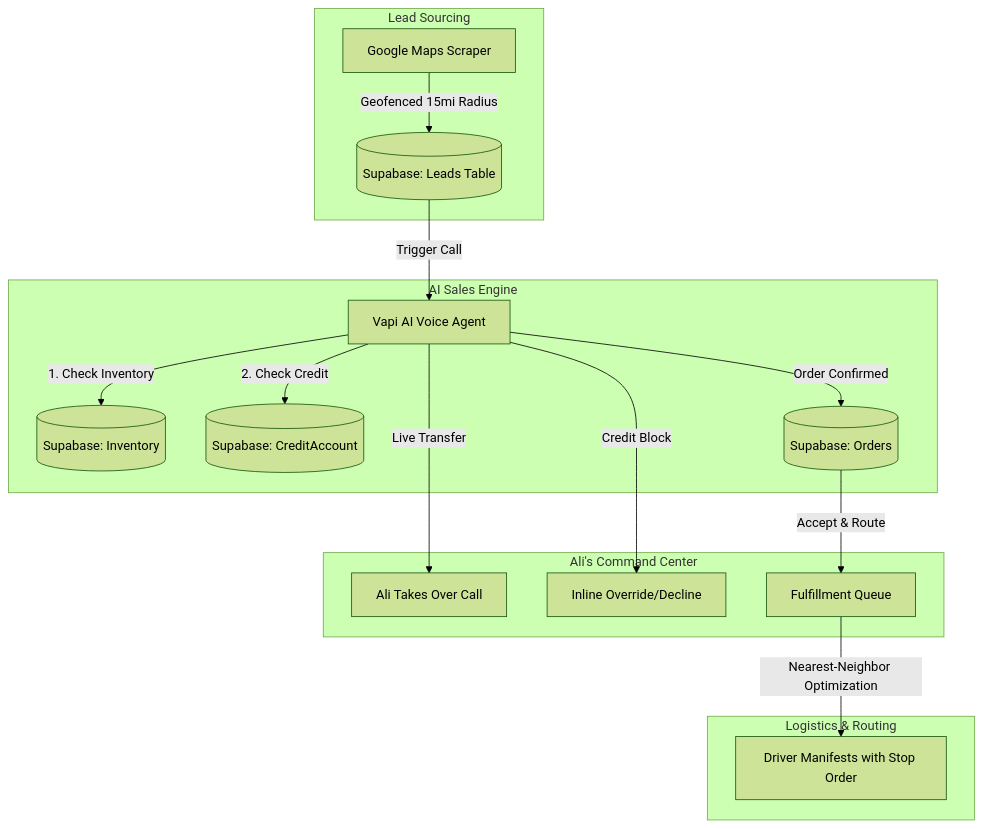
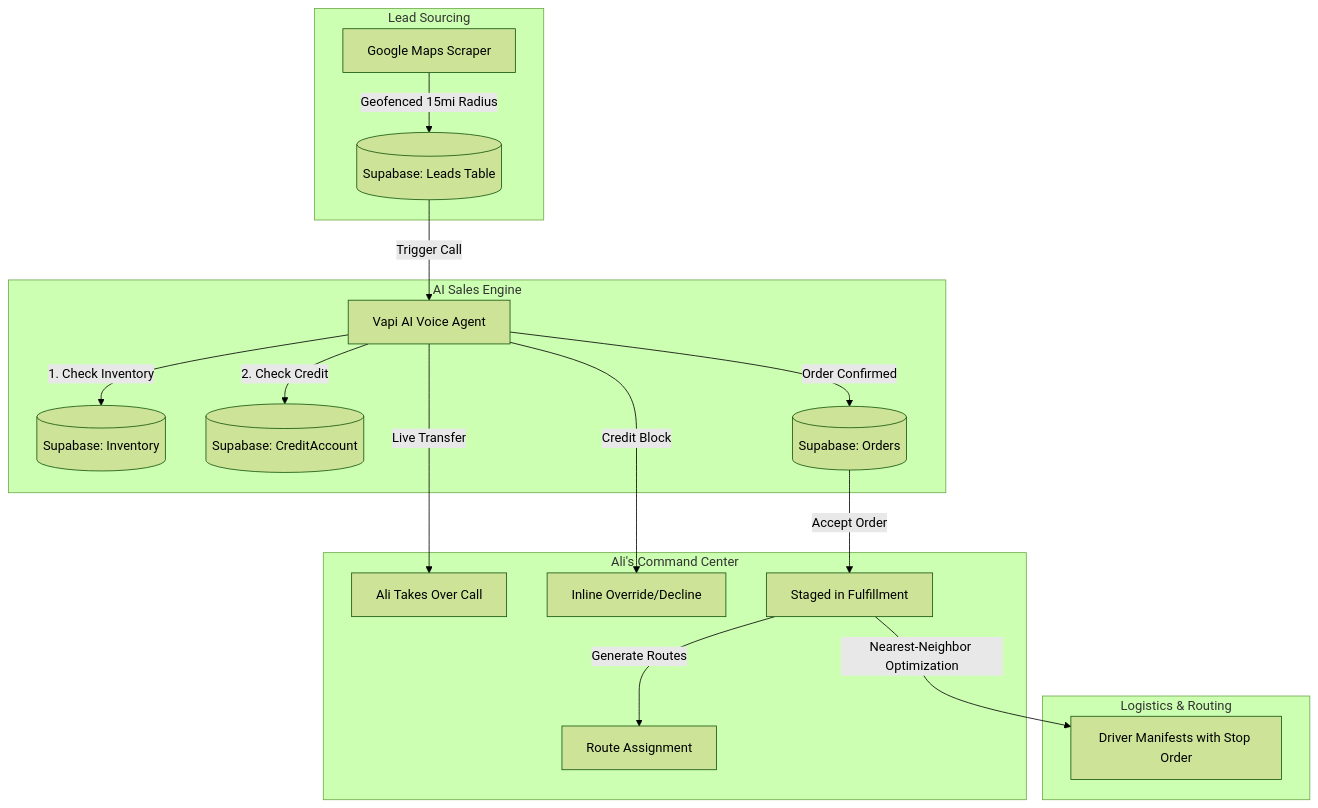
The first of 2 diagrams in ARCHITECTURE.md (sk6786/AliWholesaleSaas), drawn with Mermaid (forest theme) before and after one commit. The commit also changed other lines of this file and 8 other files, not shown here.

First line of the commit message:
Update all docs and diagrams: staged fulfillment, Generate Routes, two-panel layout

````diff
--- a/ARCHITECTURE.md
+++ b/ARCHITECTURE.md
@@ -20,23 +20,24 @@
 ```mermaid
 graph TD
     subgraph "Lead Sourcing"
         A[Google Maps Scraper] -->|Geofenced 15mi Radius| B[(Supabase: Leads Table)]
     end
 
     subgraph "AI Sales Engine"
         B -->|Trigger Call| C[Vapi AI Voice Agent]
         C -->|1. Check Inventory| D[(Supabase: Inventory)]
         C -->|2. Check Credit| E[(Supabase: CreditAccount)]
         C -->|Order Confirmed| F[(Supabase: Orders)]
     end
 
     subgraph "Ali's Command Center"
         C -->|Live Transfer| G[Ali Takes Over Call]
         C -->|Credit Block| G2[Inline Override/Decline]
-        F -->|Accept & Route| H2[Fulfillment Queue]
+        F -->|Accept Order| H2[Staged in Fulfillment]
+        H2 -->|Generate Routes| H3[Route Assignment]
     end
 
     subgraph "Logistics & Routing"
         H2 -->|Nearest-Neighbor Optimization| I[Driver Manifests with Stop Order]
     end
 ```
````
